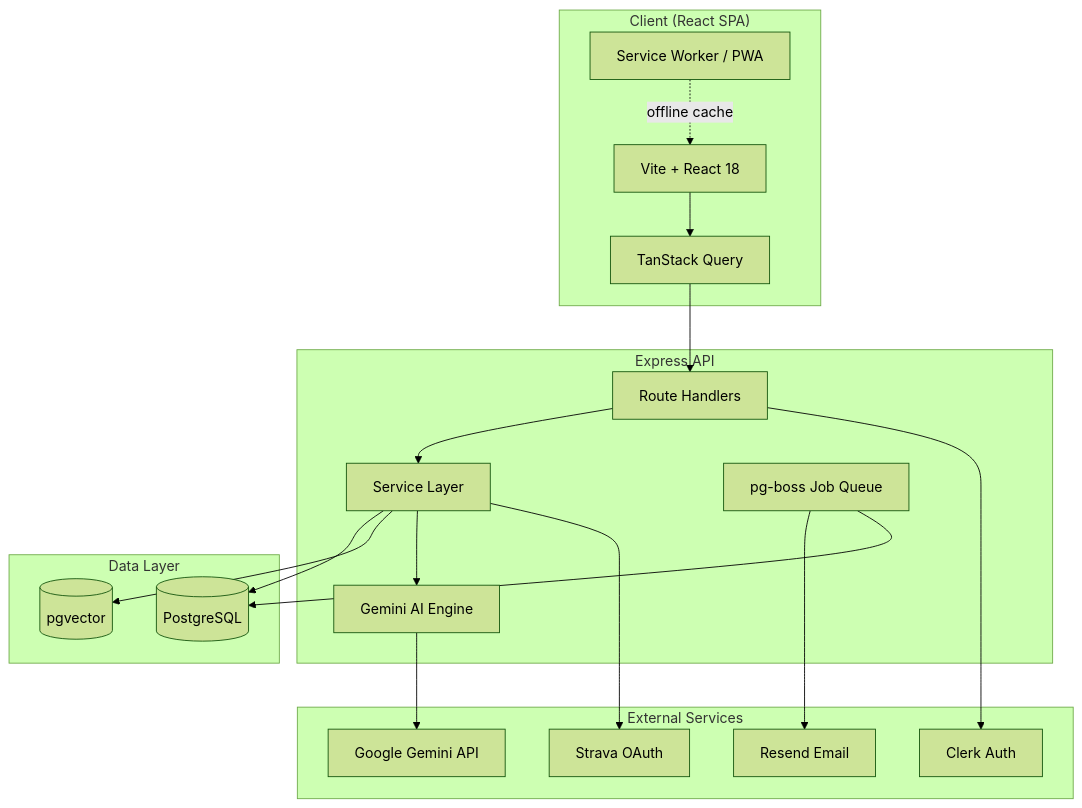
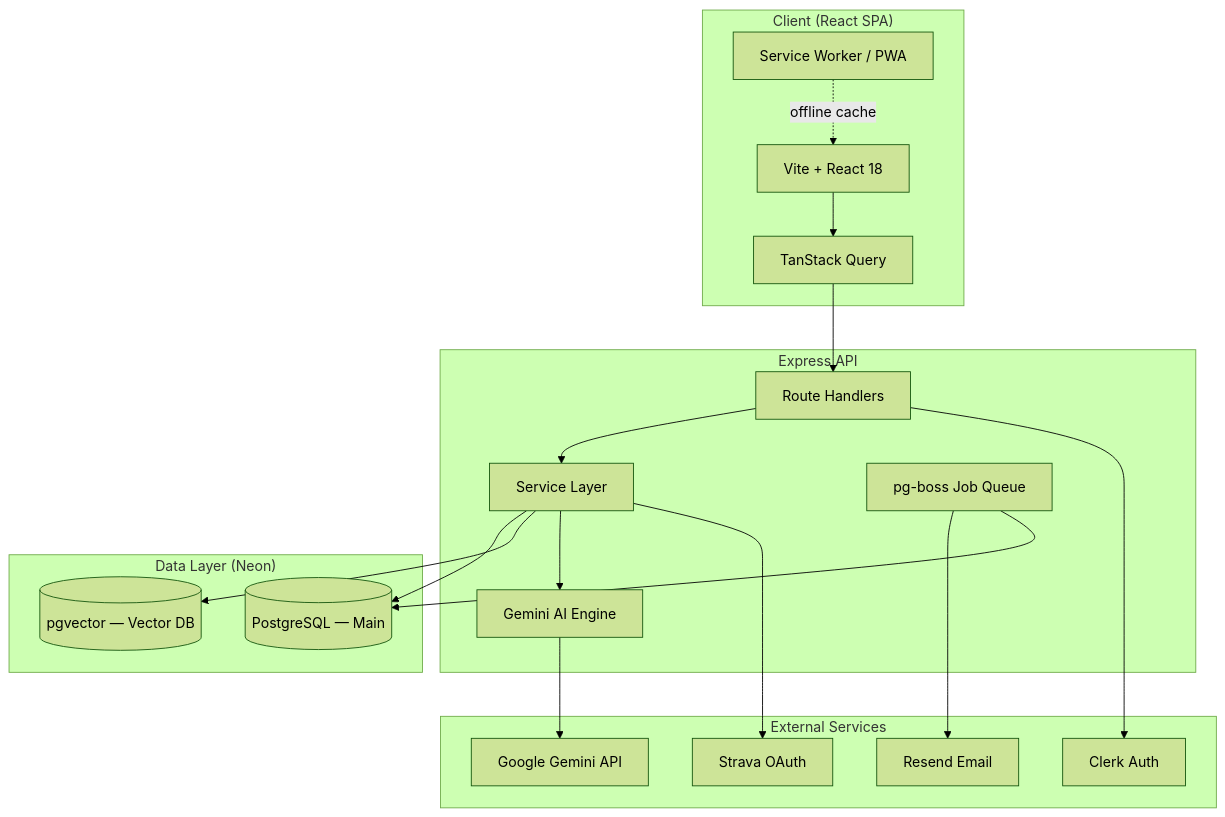
One commit to daler91/Hyrox-Companion changed the first of 2 diagrams in README.md. Above: the diagram before and after it, drawn with Mermaid (forest theme). The commit also changed other lines of this file and 1 other file, not shown here.

Commit message:
docs: reflect Neon as the vector/main database provider
Update README to document the split Neon database architecture
(main PostgreSQL + separate pgvector instance for RAG embeddings).
Fix stale "Supabase" references in vectorDb.ts comments.

https://claude.ai/code/session_01H7pFdDUHMXJmK1HXMPb3Rd

````diff
--- a/README.md
+++ b/README.md
@@ -105,38 +105,38 @@
 ```mermaid
 flowchart TB
     subgraph Client["Client (React SPA)"]
         UI[Vite + React 18]
         TQ[TanStack Query]
         SW[Service Worker / PWA]
     end
 
     subgraph Server["Express API"]
         API[Route Handlers]
         Services[Service Layer]
         Gemini[Gemini AI Engine]
         Queue[pg-boss Job Queue]
     end
 
-    subgraph Data["Data Layer"]
-        PG[(PostgreSQL)]
-        PGV[(pgvector)]
+    subgraph Data["Data Layer (Neon)"]
+        PG[(PostgreSQL — Main)]
+        PGV[(pgvector — Vector DB)]
     end
 
     subgraph External["External Services"]
         Clerk[Clerk Auth]
         Strava[Strava OAuth]
         Resend[Resend Email]
         GeminiAPI[Google Gemini API]
     end
 
     UI --> TQ --> API
     API --> Services
     Services --> PG
     Services --> PGV
     Services --> Gemini --> GeminiAPI
     API --> Clerk
     Services --> Strava
     Queue --> Resend
     Queue --> PG
     SW -.->|offline cache| UI
 ```
````
